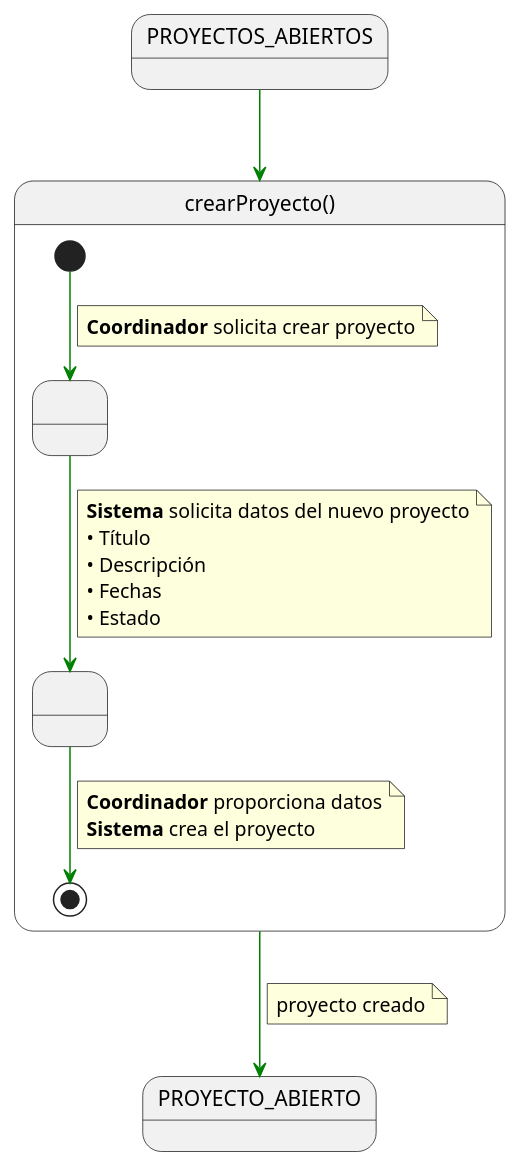
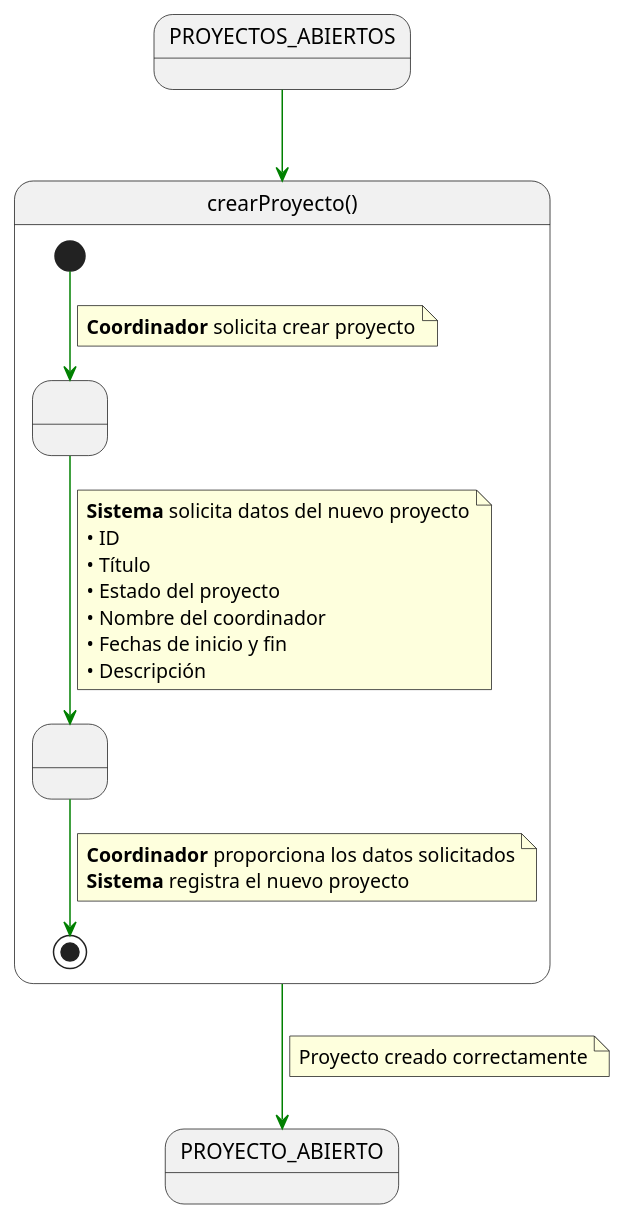
Before and after one commit to 31Diego/25-26-IdSw1-SdR: the diagram in documents/casosDeUso/detalle/coordinador/02-gestion-proyectos/crearProyecto/crearProyecto.puml, drawn with PlantUML. The commit also changed 8 other files, not shown here.

```diff
--- a/documents/casosDeUso/detalle/coordinador/02-gestion-proyectos/crearProyecto/crearProyecto.puml
+++ b/documents/casosDeUso/detalle/coordinador/02-gestion-proyectos/crearProyecto/crearProyecto.puml
@@ -1,38 +1,40 @@
 @startuml crearProyecto
 
 skinparam linetype polyline
 
 PROYECTOS_ABIERTOS -[#green]-> crearProyecto
 
 state crearProyecto as "crearProyecto()" {
 
     state " " as SolicitandoDatos
     state " " as CreandoProyecto
 
     [*] -[#green]-> SolicitandoDatos
     note on link
     <b>Coordinador</b> solicita crear proyecto
     end note
 
     SolicitandoDatos -[#green]-> CreandoProyecto
     note on link
     <b>Sistema</b> solicita datos del nuevo proyecto
+    • ID
     • Título
+    • Estado del proyecto
+    • Nombre del coordinador
+    • Fechas de inicio y fin
     • Descripción
-    • Fechas
-    • Estado
     end note
 
     CreandoProyecto -[#green]-> [*]
     note on link
-    <b>Coordinador</b> proporciona datos
-    <b>Sistema</b> crea el proyecto
+    <b>Coordinador</b> proporciona los datos solicitados
+    <b>Sistema</b> registra el nuevo proyecto
     end note
 }
 
 crearProyecto -[#green]-> PROYECTO_ABIERTO
 note on link
-proyecto creado
+Proyecto creado correctamente
 end note
 
 @enduml
```
